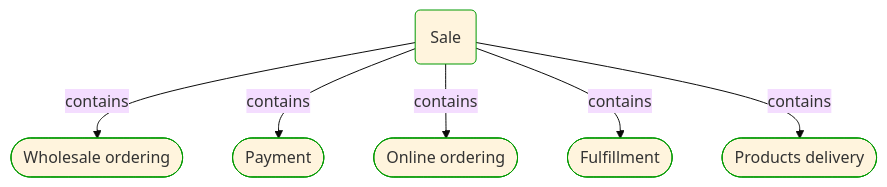
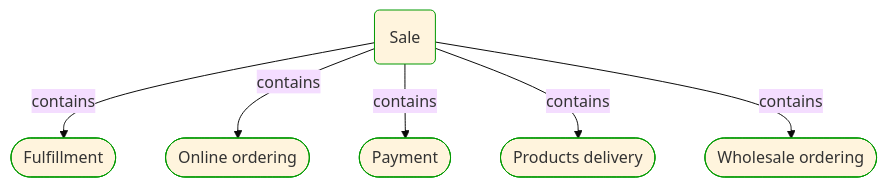
The first of 4 diagrams in Docs/P3/MermaidOutput/Processes/Sale/Sale.md (itlibrium/DDD-starter-dotnet), drawn with Mermaid (base theme) before and after one commit. The commit also changed other lines of this file and 78 other files, not shown here.

````diff
--- a/Docs/P3/MermaidOutput/Processes/Sale/Sale.md
+++ b/Docs/P3/MermaidOutput/Processes/Sale/Sale.md
@@ -20,23 +20,23 @@
 ```mermaid
   flowchart TB
     0(Sale)
     class 0 DomainPerspective
-    1([Wholesale ordering])
+    1([Fulfillment])
     class 1 DomainPerspective
     0-->|contains|1
-    2([Payment])
+    2([Online ordering])
     class 2 DomainPerspective
     0-->|contains|2
-    3([Online ordering])
+    3([Payment])
     class 3 DomainPerspective
     0-->|contains|3
-    4([Fulfillment])
+    4([Products delivery])
     class 4 DomainPerspective
     0-->|contains|4
-    5([Products delivery])
+    5([Wholesale ordering])
     class 5 DomainPerspective
     0-->|contains|5
     classDef DomainPerspective stroke:#009900
     classDef TechnologyPerspective stroke:#1F41EB
     classDef PeoplePerspective stroke:#FFF014
 ```
````
